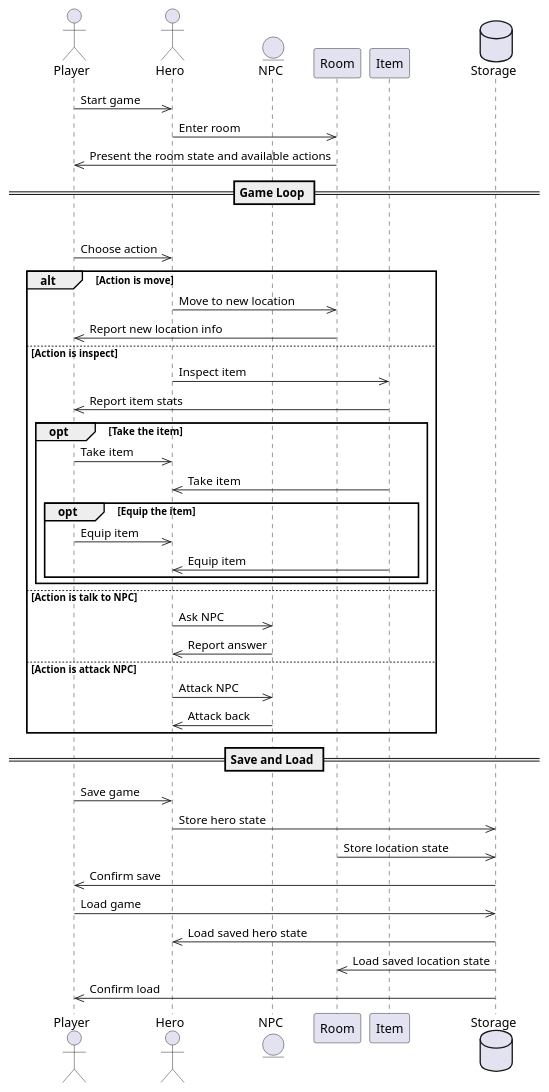
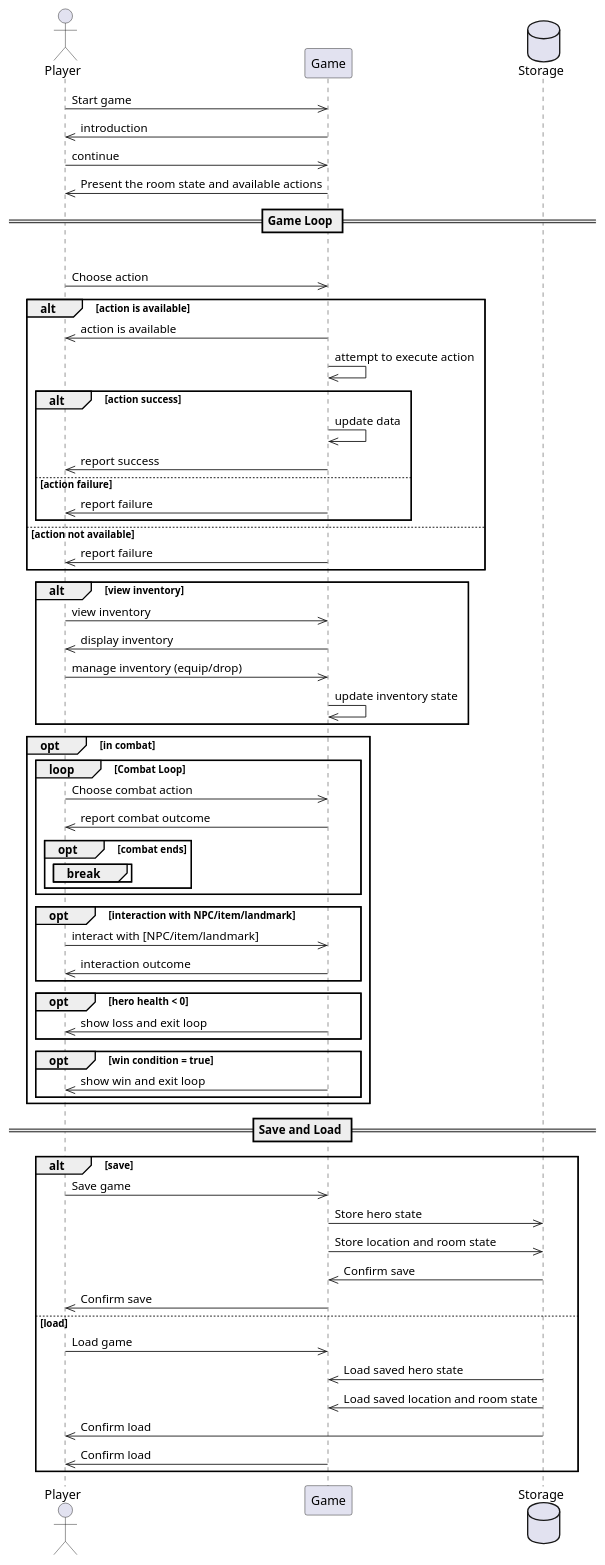
One commit to MarvinTheMoodLifter/escape-from-Dahshur changed the diagram in plantuml/system-sequence-diagram.plantuml. Above: the diagram before and after it, drawn with PlantUML.

```diff
--- a/plantuml/system-sequence-diagram.plantuml
+++ b/plantuml/system-sequence-diagram.plantuml
@@ -1,50 +1,71 @@
 @startuml System Sequence Diagram
-
 actor User as "Player"
-actor Main_Character as "Hero"
-entity NPC as "NPC"
-participant Room as "Room"
-participant Item as "Item"
+participant Game as "Game"
 database Storage as "Storage"
 
-User->>Main_Character: Start game
-Main_Character->>Room: Enter room
-Room->>User: Present the room state and available actions
+User->>Game: Start game
+Game->>User: introduction
+User->>Game: continue
+Game->>User: Present the room state and available actions
 
 == Game Loop ==
 loop Each Turn
-    User->>Main_Character: Choose action
-    alt Action is move
-        Main_Character->>Room: Move to new location
-        Room->>User: Report new location info
-    else Action is inspect
-        Main_Character->>Item: Inspect item
-        Item->>User: Report item stats
-        opt Take the item
-            User->>Main_Character: Take item
-            Item->>Main_Character: Take item
-            opt Equip the item
-                User->>Main_Character: Equip item
-                Item->>Main_Character: Equip item
+    User->>Game: Choose action
+    alt action is available
+        Game->>User: action is available
+        Game->>Game: attempt to execute action
+        alt action success
+            Game->>Game: update data
+            Game->>User: report success
+        else action failure
+            Game->>User: report failure
+        end
+    else action not available
+        Game->>User: report failure
+    end
+    
+    alt view inventory
+        User->>Game: view inventory
+        Game->>User: display inventory
+        User->>Game: manage inventory (equip/drop)
+        Game->>Game: update inventory state
+    end
+    
+    opt in combat
+        loop Combat Loop
+            User->>Game: Choose combat action
+            Game->>User: report combat outcome
+            opt combat ends
+                break
             end
         end
-    else Action is talk to NPC
-        Main_Character->>NPC: Ask NPC
-        NPC->>Main_Character: Report answer
-    else Action is attack NPC
-        Main_Character->>NPC: Attack NPC
-        NPC->>Main_Character: Attack back
+    end
+    
+    opt interaction with NPC/item/landmark
+        User->>Game: interact with [NPC/item/landmark]
+        Game->>User: interaction outcome
+    end
+    
+    opt hero health < 0
+        Game->>User: show loss and exit loop
+    end
+    opt win condition = true
+        Game->>User: show win and exit loop
+    end
 end
 
 == Save and Load ==
-User->>Main_Character: Save game
-Main_Character->>Storage: Store hero state
-Room->>Storage: Store location state
-Storage->>User: Confirm save
-
-User->>Storage: Load game
-Storage->>Main_Character: Load saved hero state
-Storage->>Room: Load saved location state
-Storage->>User: Confirm load
-
+alt save
+    User->>Game: Save game
+    Game->>Storage: Store hero state
+    Game->>Storage: Store location and room state
+    Storage->>Game: Confirm save
+    Game->>User: Confirm save
+else load
+    User->>Game: Load game
+    Storage->>Game: Load saved hero state
+    Storage->>Game: Load saved location and room state
+    Storage->>User: Confirm load
+    Game->>User: Confirm load
+end
 @enduml
```
